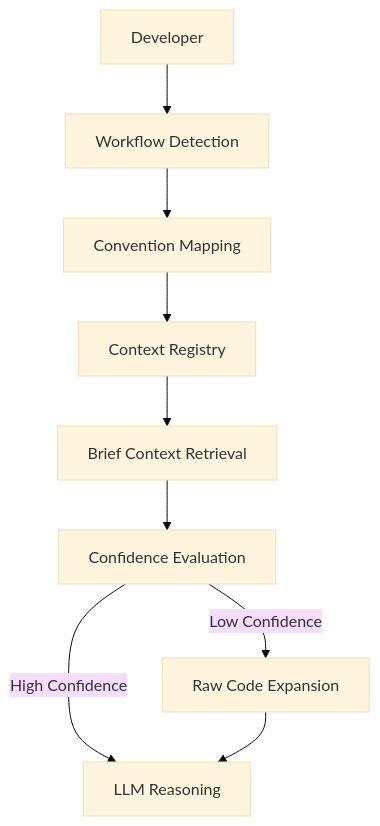
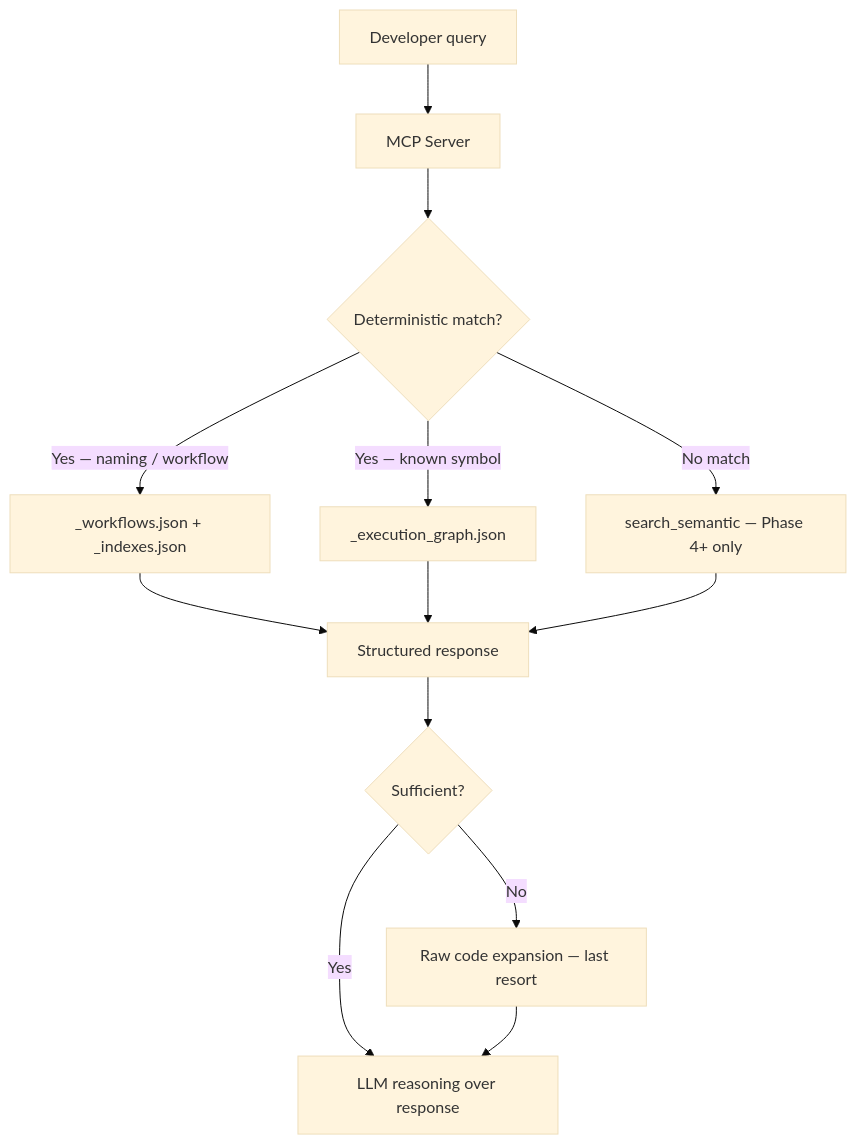
Before and after one commit to Onkar-Mane/enterprise-engineering-intelligence: the first of 5 diagrams in architecture/diagrams/system-architecture.md, drawn with Mermaid (base theme). The commit also changed other lines of this file, not shown here.

Commit message:
docs(diagrams): rewrite system architecture diagrams for Phase 1 + MCP architecture  Replace stale "Context Registry" diagrams with 5 accurate Mermaid diagrams covering the query flow, hybrid retrieval priority, scanner output, incremental indexing, and execution chain layer model

````diff
--- a/architecture/diagrams/system-architecture.md
+++ b/architecture/diagrams/system-architecture.md
@@ -5,11 +10,15 @@
 ```mermaid
 flowchart TD
-    A[Developer] --> B[Workflow Detection]
-    B --> C[Convention Mapping]
-    C --> D[Context Registry]
-    D --> E[Brief Context Retrieval]
-    E --> F[Confidence Evaluation]
-    F -->|High Confidence| H[LLM Reasoning]
-    F -->|Low Confidence| G[Raw Code Expansion]
-    G --> H
+    A[Developer query] --> B[MCP Server]
+    B --> C{Deterministic match?}
+    C -->|Yes — naming / workflow| D[_workflows.json + _indexes.json]
+    C -->|Yes — known symbol| E[_execution_graph.json]
+    C -->|No match| F[search_semantic — Phase 4+ only]
+    D --> G[Structured response]
+    E --> G
+    F --> G
+    G --> H{Sufficient?}
+    H -->|Yes| I[LLM reasoning over response]
+    H -->|No| J[Raw code expansion — last resort]
+    J --> I
 ```
````
